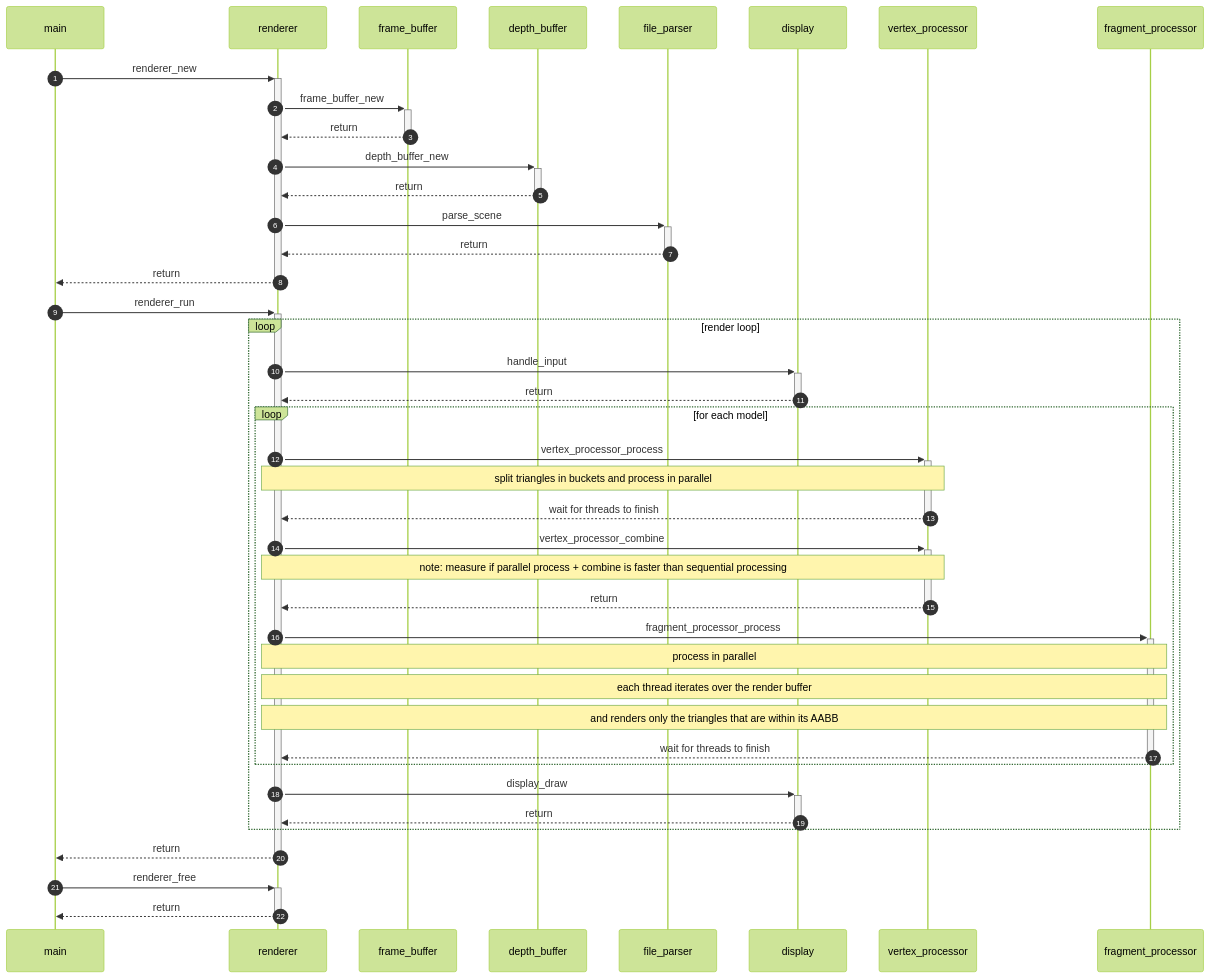
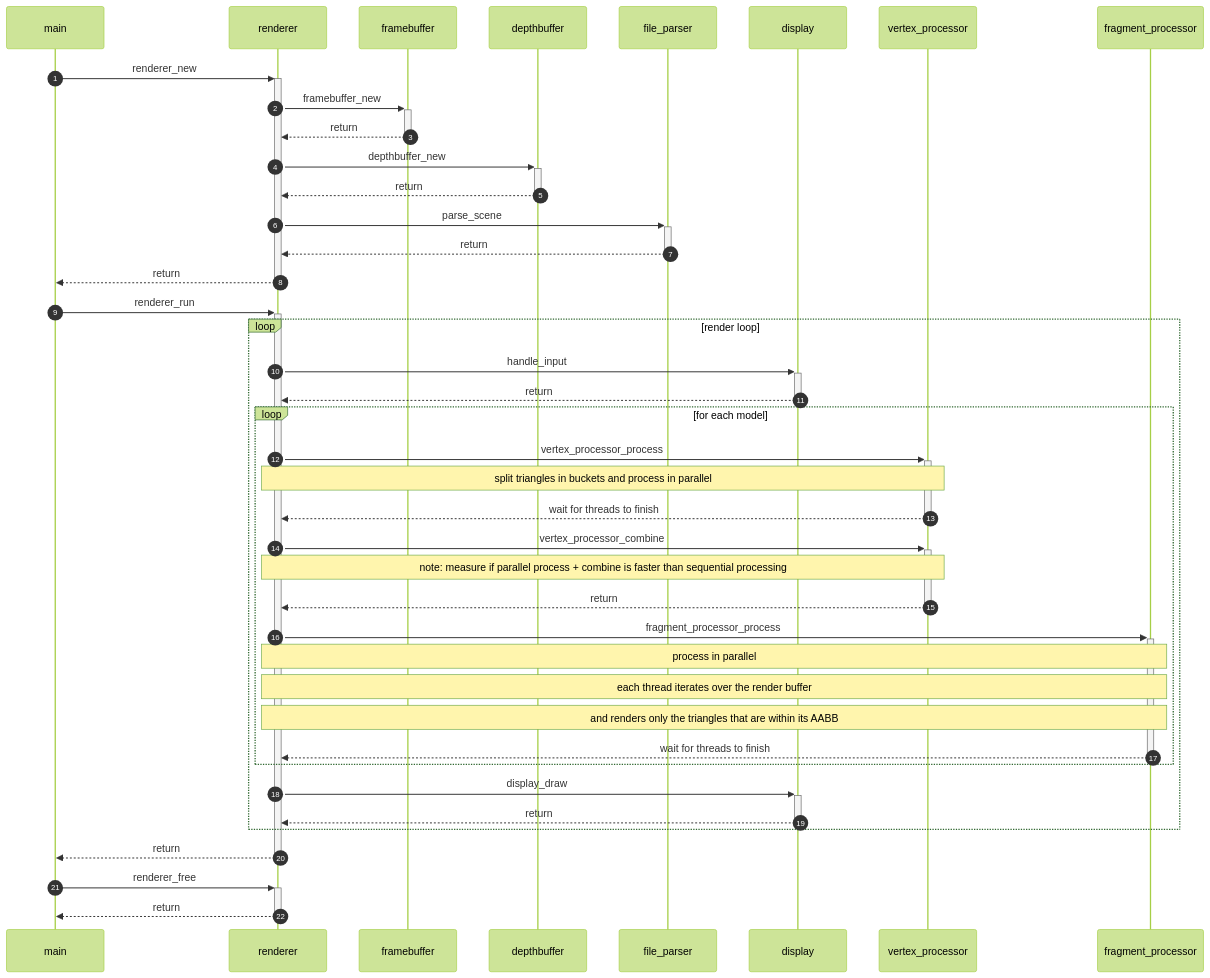
Before and after one commit to marsp0/pbr-software-renderer: the diagram in README.md, drawn with Mermaid. The commit also changed 25 other files, not shown here.

````diff
--- a/README.md
+++ b/README.md
@@ -21,53 +21,53 @@
 ``` mermaid
 %%{init: { 'theme':'forest' } }%%
 sequenceDiagram
     autonumber
     main ->>+ renderer: renderer_new
     
-    renderer ->>+ frame_buffer: frame_buffer_new
-    frame_buffer -->>- renderer: return
+    renderer ->>+ framebuffer: framebuffer_new
+    framebuffer -->>- renderer: return
 
-    renderer ->>+ depth_buffer: depth_buffer_new
-    depth_buffer -->>- renderer: return
+    renderer ->>+ depthbuffer: depthbuffer_new
+    depthbuffer -->>- renderer: return
 
     renderer ->>+ file_parser: parse_scene 
     file_parser -->>- renderer: return
 
     renderer -->>- main: return
 
     main ->>+ renderer: renderer_run
 
     loop render loop
 
         renderer ->>+ display: handle_input
         display -->>- renderer: return
 
         loop for each model
 
             renderer ->>+ vertex_processor: vertex_processor_process
             note over vertex_processor, renderer: split triangles in buckets and process in parallel
             vertex_processor -->>- renderer: wait for threads to finish
 
             renderer ->>+ vertex_processor: vertex_processor_combine
             note over vertex_processor, renderer: note: measure if parallel process + combine is faster than sequential processing
             vertex_processor -->>- renderer: return
 
             renderer ->>+ fragment_processor: fragment_processor_process
             note over renderer, fragment_processor: process in parallel
             note over renderer, fragment_processor: each thread iterates over the render buffer
             note over renderer, fragment_processor: and renders only the triangles that are within its AABB
             fragment_processor -->>- renderer: wait for threads to finish
 
         end
 
         renderer ->>+ display: display_draw
         display -->>- renderer: return
 
     end
 
     renderer -->>- main: return
 
     main ->>+ renderer: renderer_free
     renderer -->>- main: return
 
 ```
````
